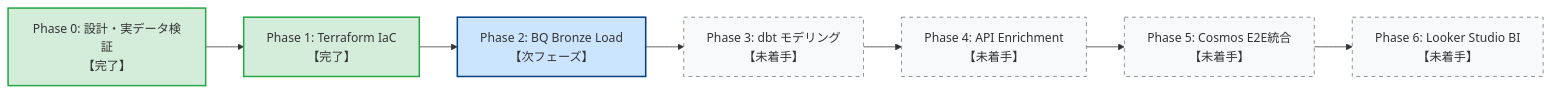
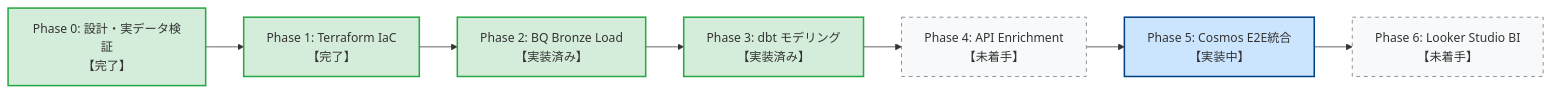
Before and after one commit to xzyozi/gh-archive-lakehouse: the second of 2 diagrams in README.md, drawn with Mermaid. The commit also changed other lines of this file and 11 other files, not shown here.

````diff
--- a/README.md
+++ b/README.md
@@ -73,13 +73,13 @@
 ```mermaid
 flowchart LR
     P0["Phase 0: 設計・実データ検証<br/>【完了】"]:::done --> P1["Phase 1: Terraform IaC<br/>【完了】"]:::done
-    P1 --> P2["Phase 2: BQ Bronze Load<br/>【次フェーズ】"]:::current
-    P2 --> P3["Phase 3: dbt モデリング<br/>【未着手】"]:::todo
+    P1 --> P2["Phase 2: BQ Bronze Load<br/>【実装済み】"]:::done
+    P2 --> P3["Phase 3: dbt モデリング<br/>【実装済み】"]:::done
     P3 --> P4["Phase 4: API Enrichment<br/>【未着手】"]:::todo
-    P4 --> P5["Phase 5: Cosmos E2E統合<br/>【未着手】"]:::todo
+    P4 --> P5["Phase 5: Cosmos E2E統合<br/>【実装中】"]:::current
     P5 --> P6["Phase 6: Looker Studio BI<br/>【未着手】"]:::todo
 
     classDef done fill:#d4edda,stroke:#28a745,stroke-width:2px;
     classDef current fill:#cce5ff,stroke:#004085,stroke-width:2px;
     classDef todo fill:#f8f9fa,stroke:#6c757d,stroke-dasharray: 5 5;
 ```
````
